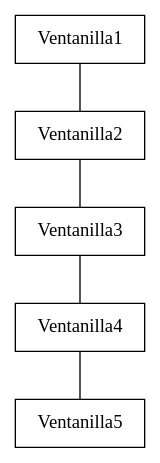
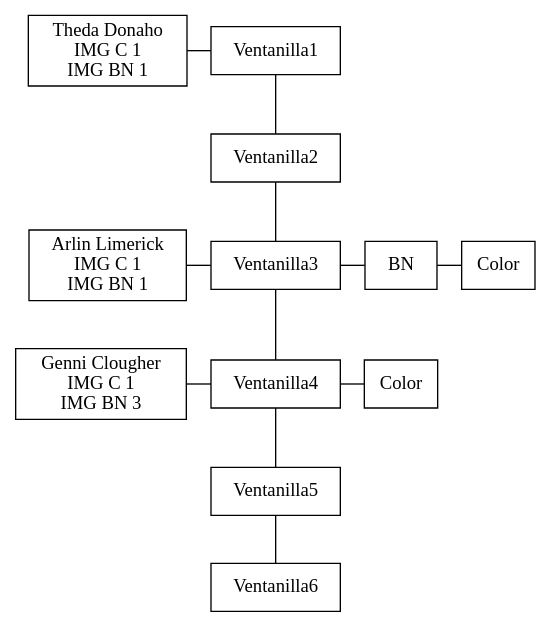
The diagram in Fase1/listaVentanillas.dot (d-acetun/simulacion-sistema-impresion-de-imagenes), drawn with Graphviz before and after one commit. The commit also changed 13 other files, not shown here.

```diff
--- a/Fase1/listaVentanillas.dot
+++ b/Fase1/listaVentanillas.dot
@@ -1,14 +1,34 @@
 digraph listaVentanillas {
 node[shape=box]
 edge[arrowhead=none]
 0 [label=Ventanilla1]
-1 [label=Ventanilla2]
-2 [label=Ventanilla3]
-3 [label=Ventanilla4]
-4 [label=Ventanilla5]
-0->1
-1->2
+1 [label="Theda Donaho\nIMG C 1\nIMG BN 1"]
+2 [label=Ventanilla2]
+3 [label=Ventanilla3]
+4 [label="Arlin Limerick\nIMG C 1\nIMG BN 1"]
+5[label=BN]
+6[label=Color]
+7 [label=Ventanilla4]
+8 [label="Genni Clougher\nIMG C 1\nIMG BN 3"]
+9[label=Color]
+10 [label=Ventanilla5]
+11 [label=Ventanilla6]
+1->0
+0->2
 2->3
-3->4
+4->3
+3->5
+5->6
+3->7
+8->7
+7->9
+7->10
+10->11
+{rank=same; 1; 0}
+{rank=same; 4; 3}
+{rank=same; 3; 5}
+{rank=same; 5; 6}
+{rank=same; 8; 7}
+{rank=same; 7; 9}
 rankdir=TB
 }
```
